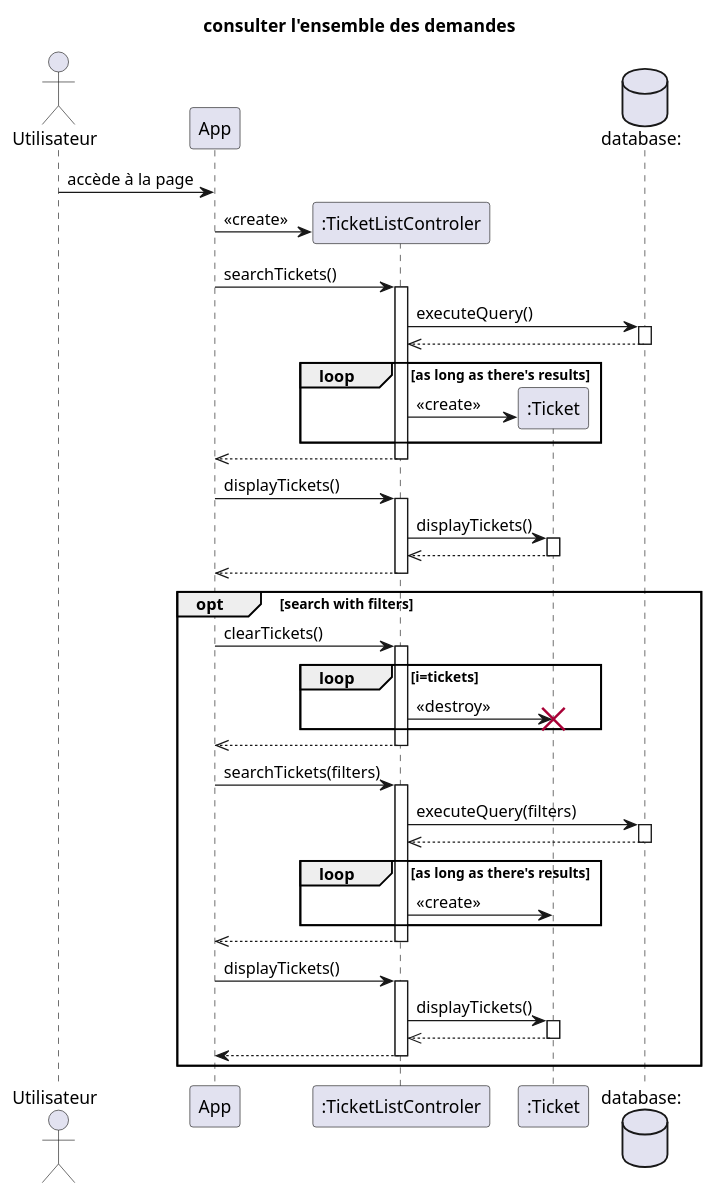
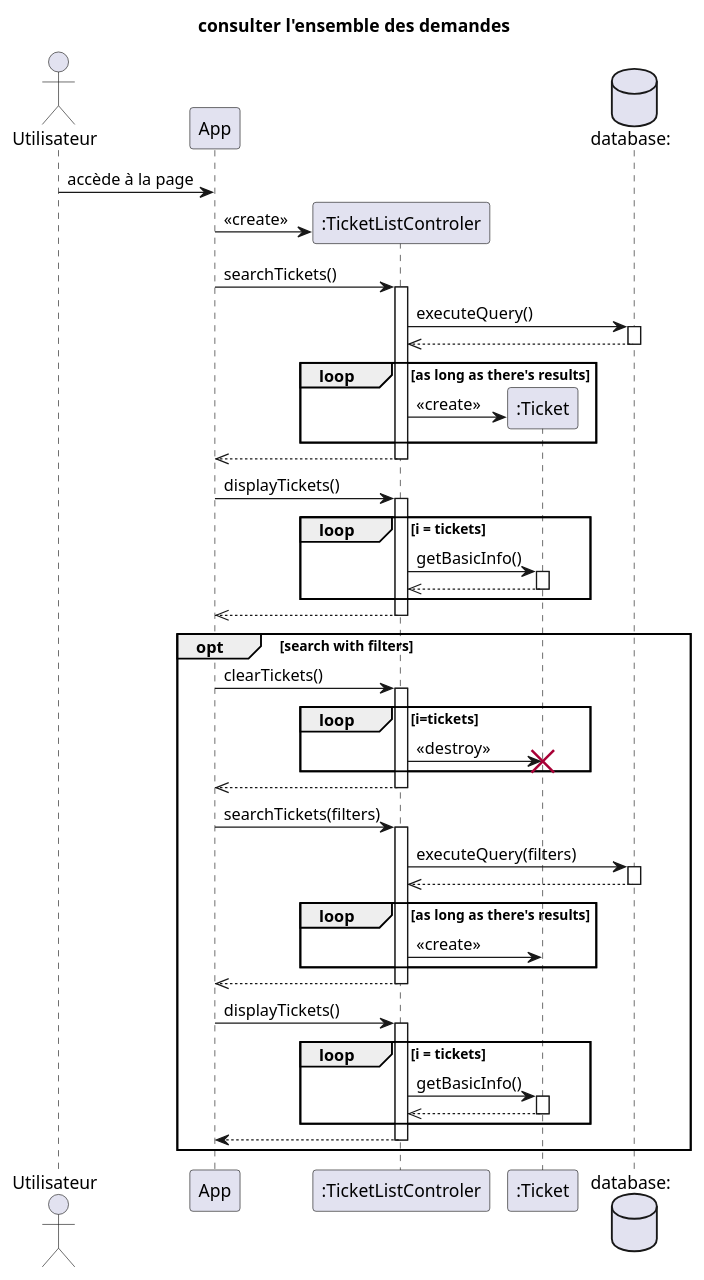
One commit to dorianleveque/CoHub changed the diagram in docs/UML/consulter l'ensemble des tickets.puml. Above: the diagram before and after it, drawn with PlantUML. The commit also changed 1 other file, not shown here.

Commit message:
update diagramme

```diff
--- a/docs/UML/consulter l'ensemble des tickets.puml
+++ b/docs/UML/consulter l'ensemble des tickets.puml
@@ -1,74 +1,78 @@
 @startuml consulter l'ensemble des demandes
 title consulter l'ensemble des demandes
 
 actor client as "Utilisateur" order 1 
 participant app as "App" order 2 
 database bdd as "database:"  order 5
 
 client -> app :accède à la page 
 create tlc as ":TicketListControler" order 3
 app -> tlc : <<create>>
 
 app -> tlc : searchTickets() 
 activate tlc
 tlc -> bdd : executeQuery()
 activate bdd
 tlc <<-- bdd
 deactivate bdd
 
 loop as long as there's results
     create ticket as ":Ticket" order 4
     tlc -> ticket : <<create>>
 end
 app <<-- tlc
 deactivate tlc
 
 app -> tlc : displayTickets()
 activate tlc
 
-tlc -> ticket : displayTickets()
+loop i = tickets
+tlc -> ticket : getBasicInfo()
 activate ticket
 tlc <<-- ticket: 
 deactivate ticket
+end
 
 
 app <<-- tlc
 deactivate tlc
 
 opt search with filters
     app -> tlc: clearTickets()
     activate tlc
     loop i=tickets
         tlc -> ticket: <<destroy>>
         destroy ticket
     end
     app <<-- tlc
     deactivate tlc
 
     app -> tlc : searchTickets(filters) 
     activate tlc
     tlc -> bdd : executeQuery(filters)
     activate bdd
     tlc <<-- bdd
     deactivate bdd
 
     loop as long as there's results
         tlc -> ticket : <<create>> 
         create ticket as ":Ticket" order 4
     end
     app <<-- tlc
     deactivate tlc
 
     app -> tlc : displayTickets()
     activate tlc
-    tlc -> ticket : displayTickets()
-    activate ticket
-    tlc <<-- ticket:
-    deactivate ticket
+    loop i = tickets
+        tlc -> ticket : getBasicInfo()
+        activate ticket
+        tlc <<-- ticket: 
+        deactivate ticket
+    end
     
     app <-- tlc
     deactivate tlc
 end
 
 
 @enduml
```
